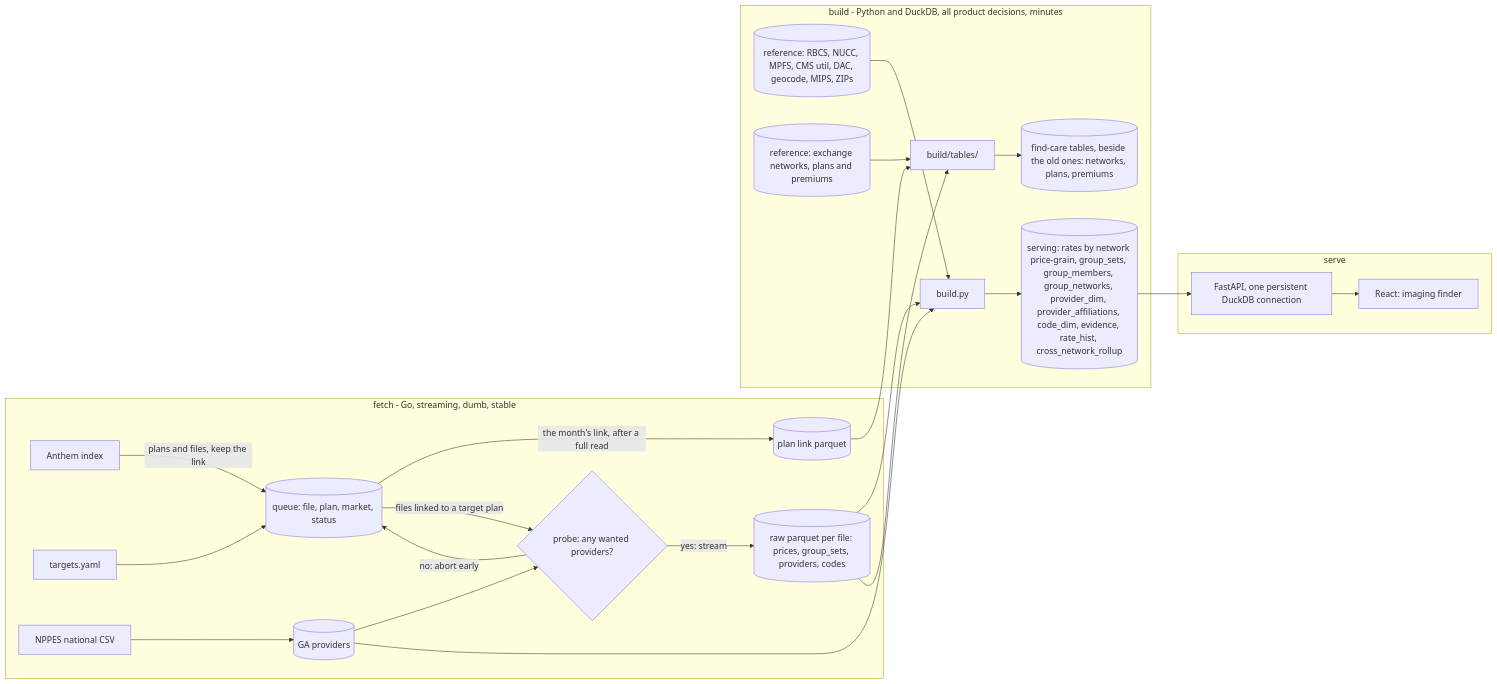
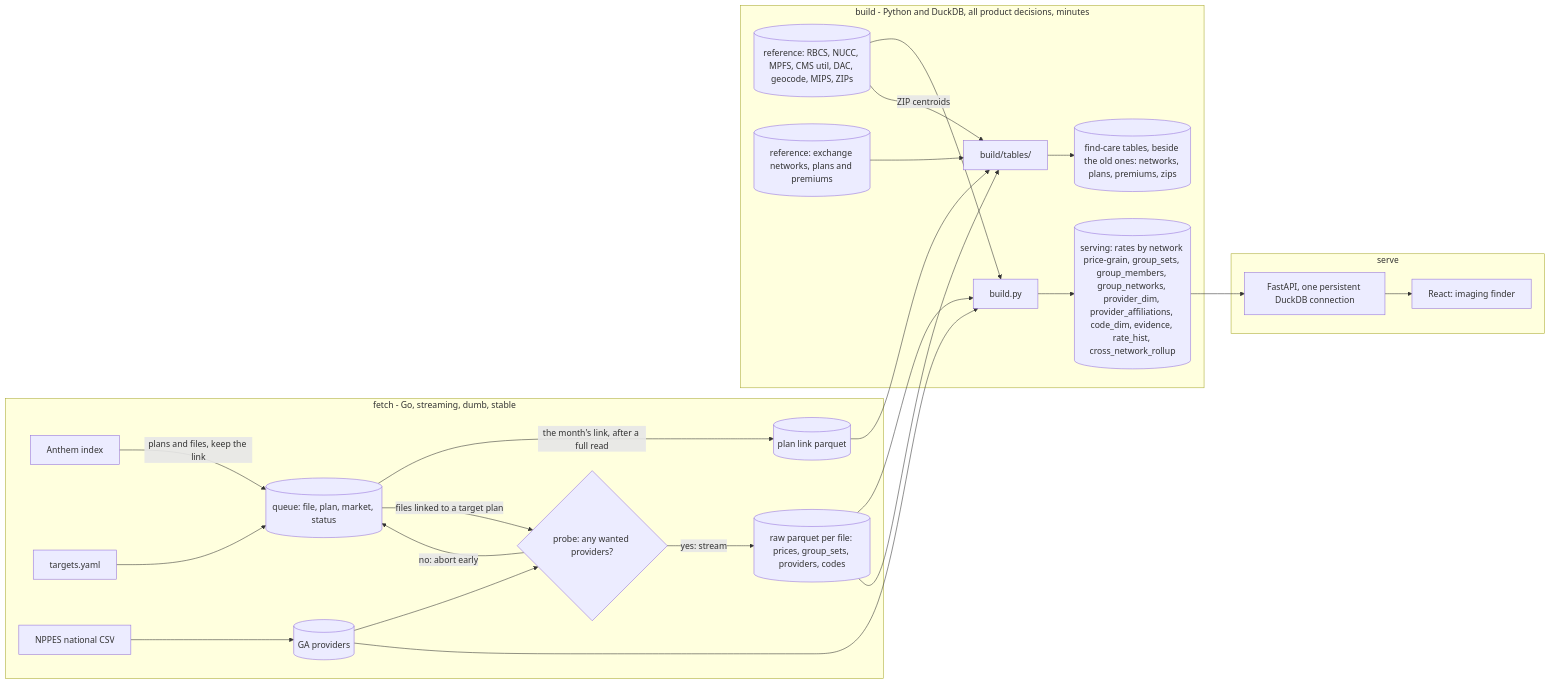
Before and after one commit to wmespi/honest-healthcare: the first of 3 diagrams in docs/architecture.md, drawn with Mermaid. The commit also changed 8 other files, not shown here.

First line of the commit message:
feat(build): the find-care zips table (#135) (#156)

````diff
--- a/docs/architecture.md
+++ b/docs/architecture.md
@@ -33,27 +33,28 @@
 ```mermaid
 flowchart LR
   subgraph fetch [fetch - Go, streaming, dumb, stable]
     IDX[Anthem index] -->|"plans and files, keep the link"| Q[(queue: file, plan, market, status)]
     Q -->|"the month's link, after a full read"| LINK[(plan link parquet)]
     TGT[targets.yaml] --> Q
     Q -->|"files linked to a target plan"| PROBE{"probe: any wanted providers?"}
     PROBE -->|"no: abort early"| Q
     PROBE -->|"yes: stream"| RAW[(raw parquet per file: prices, group_sets, providers, codes)]
     NPPES[NPPES national CSV] --> GA[(GA providers)]
     GA --> PROBE
   end
   subgraph build [build - Python and DuckDB, all product decisions, minutes]
     RAW --> B[build.py]
     GA --> B
     REF[(reference: RBCS, NUCC, MPFS, CMS util, DAC, geocode, MIPS, ZIPs)] --> B
     B --> SRV[(serving: rates by network price-grain, group_sets, group_members, group_networks, provider_dim, provider_affiliations, code_dim, evidence, rate_hist, cross_network_rollup)]
     RAW --> FC["build/tables/"]
     LINK --> FC
+    REF -->|"ZIP centroids"| FC
     XNET[(reference: exchange networks, plans and premiums)] --> FC
-    FC --> FCT[("find-care tables, beside the old ones: networks, plans, premiums")]
+    FC --> FCT[("find-care tables, beside the old ones: networks, plans, premiums, zips")]
   end
   subgraph serve [serve]
     SRV --> API[FastAPI, one persistent DuckDB connection]
     API --> WEB[React: imaging finder]
   end
 ```
````
